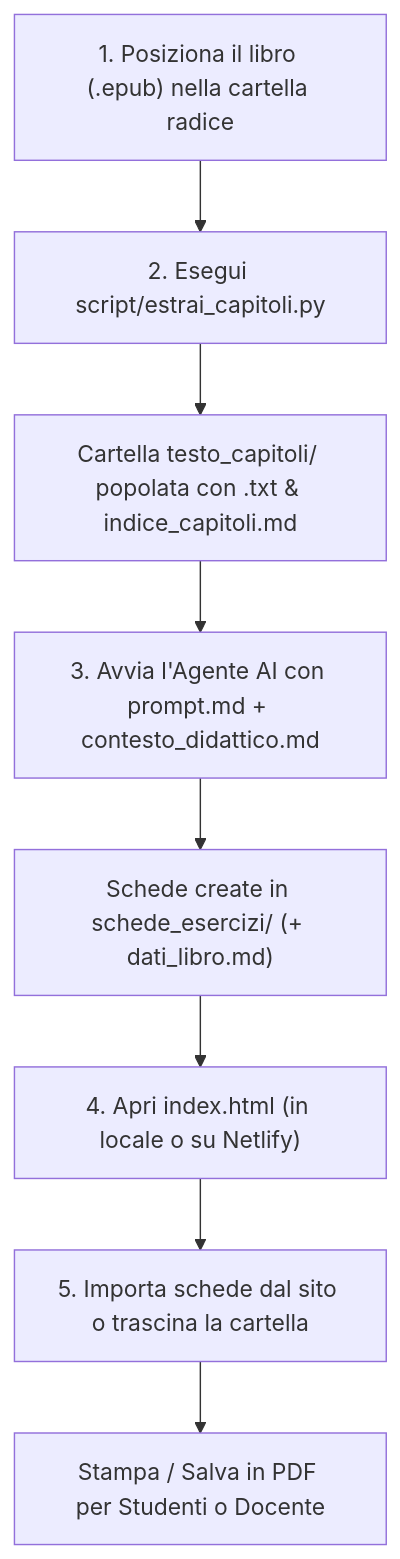
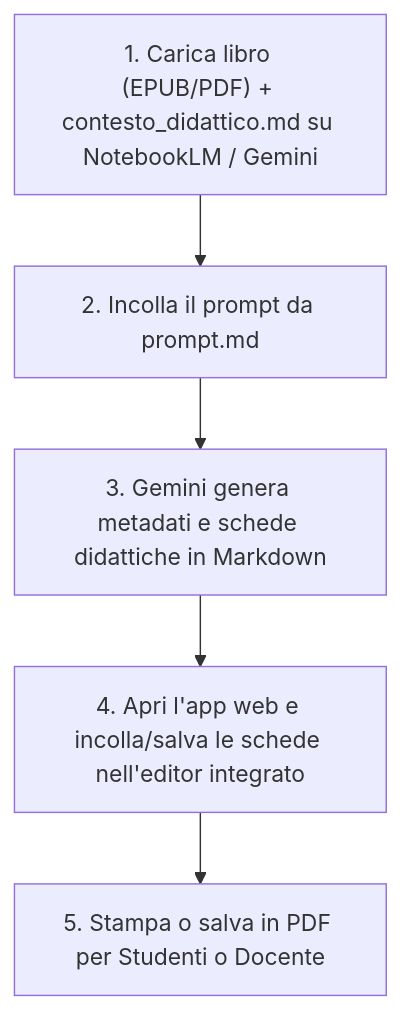
One commit to aalborghetti/AnalisiLibro changed the diagram in README.md. Above: the diagram before and after it, drawn with Mermaid. The commit also changed other lines of this file and 62 other files, not shown here.

Commit message:
Inizializzazione template AnalisiLibro: rimozione file specifici del libro, app.js nella root, allineamento policy e configurazioni di sicurezza

````diff
--- a/README.md
+++ b/README.md
@@ -51,10 +53,7 @@
 ```mermaid
 flowchart TD
-    A["1. Posiziona il libro (.epub) nella cartella radice"] --> B["2. Esegui script/estrai_capitoli.py"]
-    B --> C["Cartella testo_capitoli/ popolata con .txt & indice_capitoli.md"]
-    C --> D["3. Avvia l'Agente AI con prompt.md + contesto_didattico.md"]
-    D --> E["Schede create in schede_esercizi/ (+ dati_libro.md)"]
-    E --> F["4. Apri index.html (in locale o su Netlify)"]
-    F --> G["5. Importa schede dal sito o trascina la cartella"]
-    G --> H["Stampa / Salva in PDF per Studenti o Docente"]
+    A["1. Carica libro (EPUB/PDF) + contesto_didattico.md su NotebookLM / Gemini"] --> B["2. Incolla il prompt da prompt.md"]
+    B --> C["3. Gemini genera metadati e schede didattiche in Markdown"]
+    C --> D["4. Apri l'app web e incolla/salva le schede nell'editor integrato"]
+    D --> E["5. Stampa o salva in PDF per Studenti o Docente"]
 ```
````
